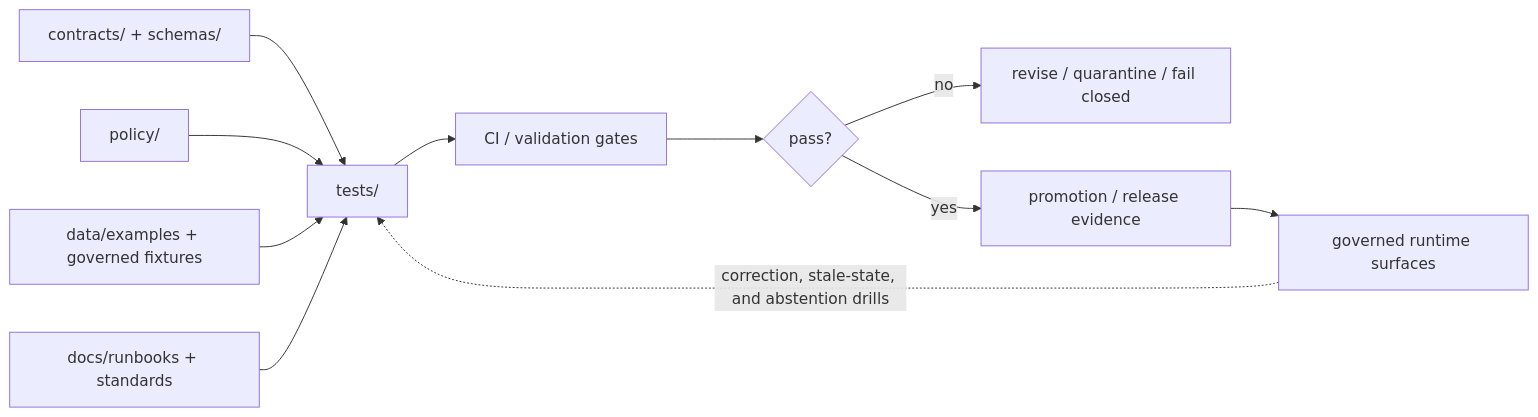
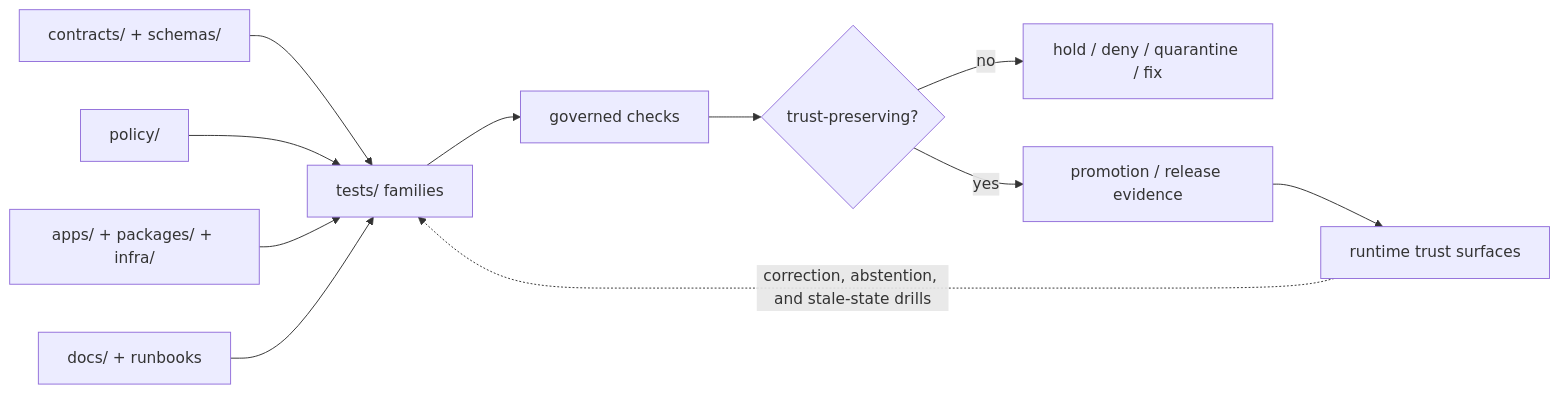
Before and after one commit to bartytime4life/Kansas-Frontier-Matrix: the diagram in tests/README.md, drawn with Mermaid. The commit also changed other lines of this file, not shown here.

````diff
--- a/tests/README.md
+++ b/tests/README.md
@@ -226,16 +251,16 @@
 ```mermaid
 flowchart LR
-    C["contracts/ + schemas/"] --> T["tests/"]
+    C["contracts/ + schemas/"] --> T["tests/ families"]
     P["policy/"] --> T
-    D["data/examples + governed fixtures"] --> T
-    DOC["docs/runbooks + standards"] --> T
+    R["apps/ + packages/ + infra/"] --> T
+    D["docs/ + runbooks"] --> T
 
-    T --> CI["CI / validation gates"]
-    CI --> G{"pass?"}
+    T --> G["governed checks"]
+    G --> Q{"trust-preserving?"}
 
-    G -->|no| Q["revise / quarantine / fail closed"]
-    G -->|yes| R["promotion / release evidence"]
+    Q -->|no| F["hold / deny / quarantine / fix"]
+    Q -->|yes| E["promotion / release evidence"]
 
-    R --> S["governed runtime surfaces"]
-    S -. correction, stale-state, and abstention drills .-> T
+    E --> S["runtime trust surfaces"]
+    S -. correction, abstention, and stale-state drills .-> T
 ```
````
